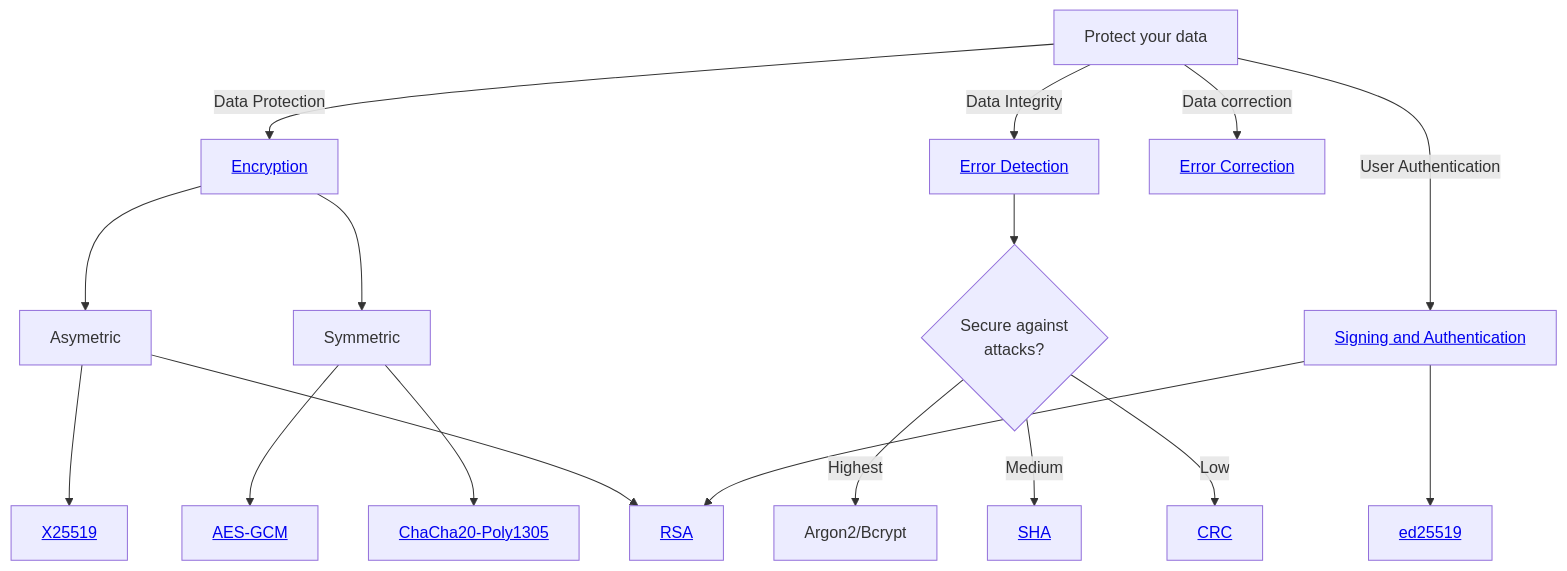
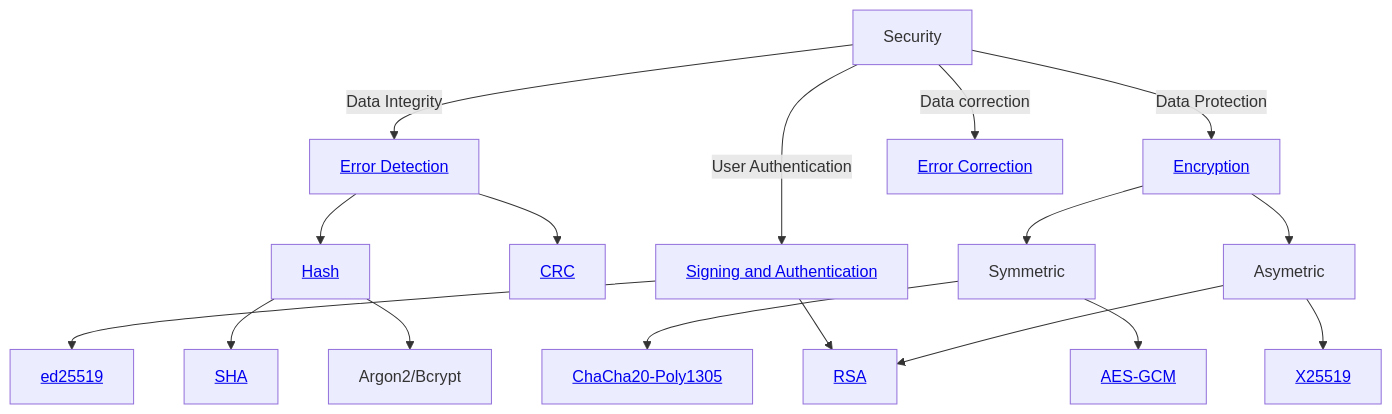
The diagram in Security/README.md (maneesh29s/digital-garden-notes), drawn with Mermaid before and after one commit. The commit also changed 5 other files, not shown here.

`````diff
--- a/Security/README.md
+++ b/Security/README.md
@@ -17,45 +17,42 @@
 ````mermaid
 flowchart TD
 
-A[Protect your data] 
+A[Security] 
 B["<a class='internal-link' href='./encryption'>Encryption</a>"]
 C["<a class='internal-link ' href='./error_detection'>Error Detection</a>"]
 D["<a class='internal-link' href='./signature_authentication'>Signing and Authentication</a>"]
 E["<a class='internal-link' href='./rsa'>RSA</a>"]
 F["<a class='internal-link' href='./dh#ECDH'>X25519</a>"]
 H[Argon2/Bcrypt]
 I["<a class='internal-link' href='./sha'>SHA</a>"]
 J["<a class='internal-link' href='./crc'>CRC</a>"]
 L["<a class='internal-link' href='./dh#ECDSA'>ed25519</a>"]
 HC["<a class='internal-link' href='./error_correction'>Error Correction</a>"]
 
 SYM[Symmetric]
 ASYM[Asymetric]
 AES["<a class='internal-link' href='./aes'>AES-GCM</a>"]
 CHA["<a class='internal-link' href='./chacha'>ChaCha20-Poly1305</a>"]
+HASH["<a class='internal-link' href='./hashing'>Hash</a>"]
 
 A -->|Data Protection| B
 
 A -->|Data Integrity| C
 
 A -->|User Authentication| D 
 D --> E
 D --> L
 
 A -->|Data correction| HC
 
 B --> ASYM --> E
 ASYM --> F
 B --> SYM --> AES
 SYM --> CHA
 
-C --> G{Secure against<br> attacks?}
-
-G -->|Highest| H
-
-G -->|Medium| I
-
-G -->|Low| J
-
+C --> HASH
+C --> J
+HASH --> H
+HASH --> I
 
 ````
`````
